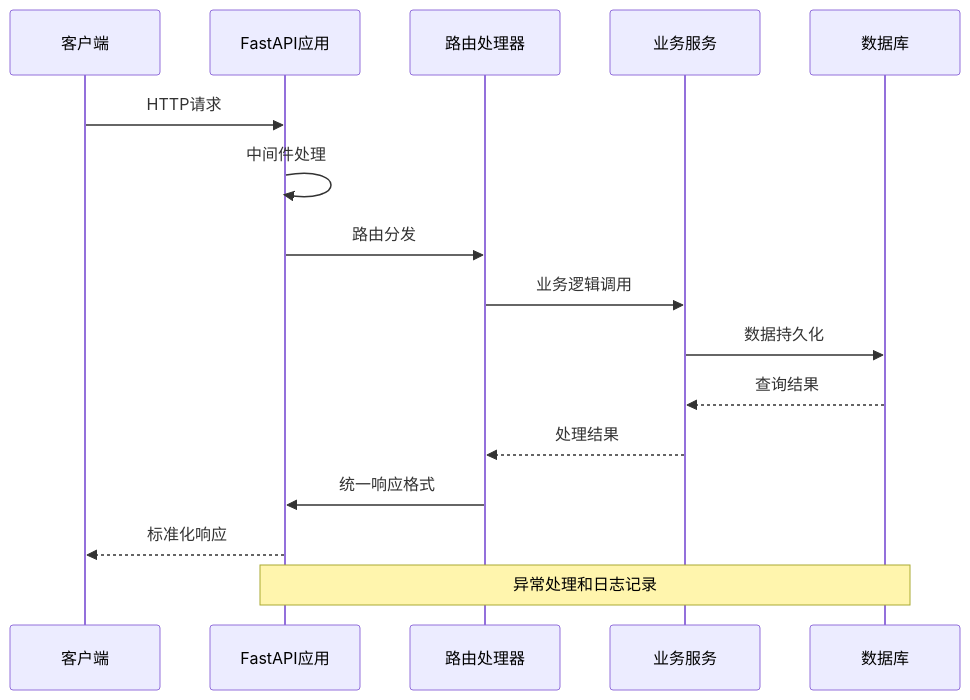
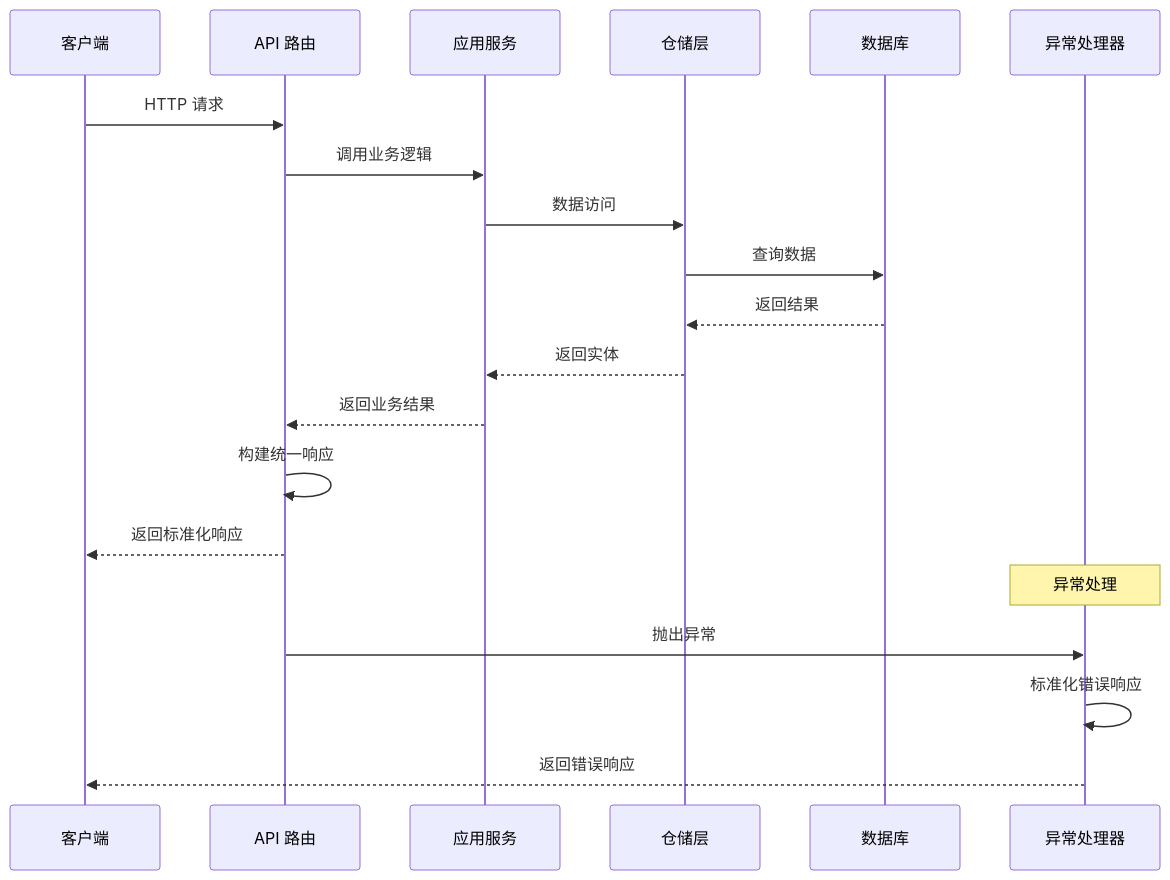
The fourth of 9 diagrams in .qoder/repowiki/zh/content/Api Response Standards.md (taoweidong/Hello-FastApi), drawn with Mermaid before and after one commit. The commit also changed other lines of this file and 11 other files, not shown here.

````diff
--- a/.qoder/repowiki/zh/content/Api Response Standards.md
+++ b/.qoder/repowiki/zh/content/Api Response Standards.md
@@ -194,18 +189,22 @@
 ```mermaid
 sequenceDiagram
 participant Client as 客户端
-participant API as FastAPI应用
-participant Router as 路由处理器
-participant Service as 业务服务
+participant API as API 路由
+participant Service as 应用服务
+participant Repo as 仓储层
 participant DB as 数据库
-Client->>API : HTTP请求
-API->>API : 中间件处理
-API->>Router : 路由分发
-Router->>Service : 业务逻辑调用
-Service->>DB : 数据持久化
-DB-->>Service : 查询结果
-Service-->>Router : 处理结果
-Router->>API : 统一响应格式
-API-->>Client : 标准化响应
-Note over API,DB : 异常处理和日志记录
+participant Handler as 异常处理器
+Client->>API : HTTP 请求
+API->>Service : 调用业务逻辑
+Service->>Repo : 数据访问
+Repo->>DB : 查询数据
+DB-->>Repo : 返回结果
+Repo-->>Service : 返回实体
+Service-->>API : 返回业务结果
+API->>API : 构建统一响应
+API-->>Client : 返回标准化响应
+Note over Handler : 异常处理
+API->>Handler : 抛出异常
+Handler->>Handler : 标准化错误响应
+Handler-->>Client : 返回错误响应
 ```
````
